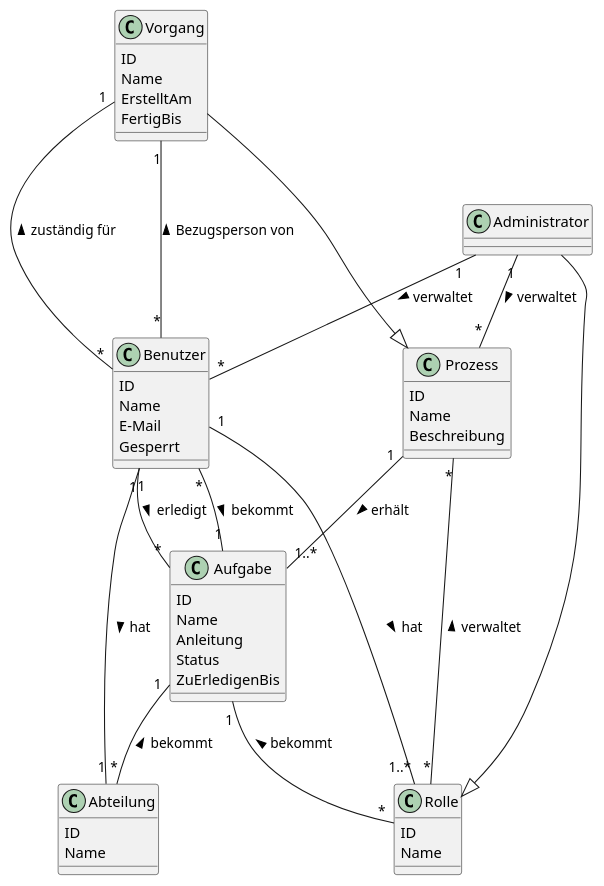
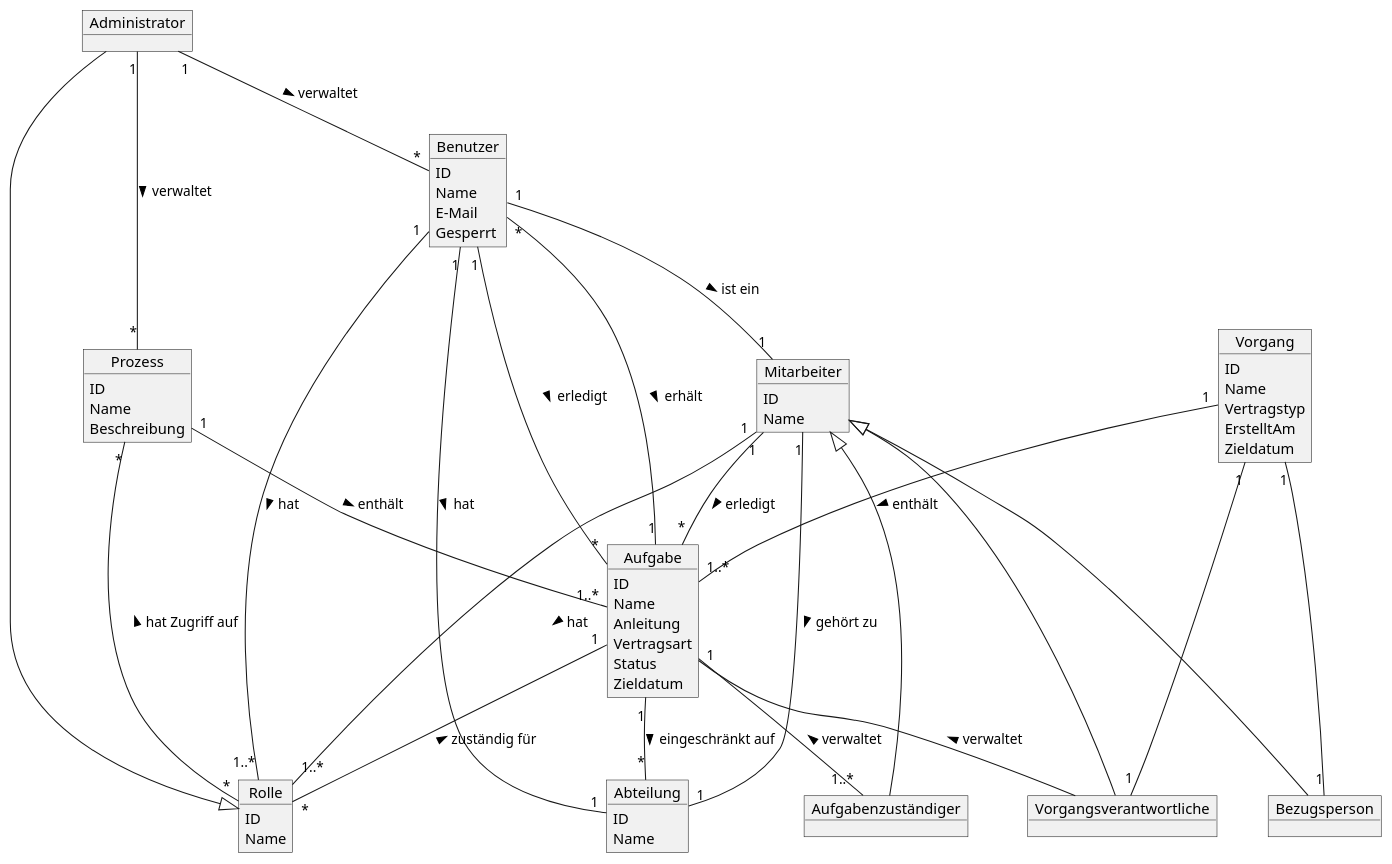
One commit to wowtamz/web-onboarding changed the diagram in docs/domänenmodell.puml. Above: the diagram before and after it, drawn with PlantUML.

Commit message:
update domänenmodell

```diff
--- a/docs/domänenmodell.puml
+++ b/docs/domänenmodell.puml
@@ -1,68 +1,84 @@
 @startuml
-      
-      class Rolle {
-            ID
-            Name           
-      }
+    object Rolle
+        Rolle : ID
+        Rolle : Name
 
-      class Benutzer {
-            ID
-            Name
-            E-Mail
-            Gesperrt
+    object Benutzer
+        Benutzer : ID
+        Benutzer : Name
+        Benutzer : E-Mail
+        Benutzer : Gesperrt
 
-      }
+    object Administrator
 
-      class Administrator {}
-      
-      class Prozess{
-            ID
-            Name
-            Beschreibung
-      }
+    object Mitarbeiter
+        Mitarbeiter : ID
+        Mitarbeiter : Name
+
+    
+    object Bezugsperson
+    
+    object Aufgabenzuständiger
+    
+    object Vorgangsverantwortliche    
+    
 
 
-      class Vorgang{
-            ID
-            Name
-            ErstelltAm
-            FertigBis
-      }
-
-      class Aufgabe {
-            ID
-            Name
-            Anleitung
-            Status
-            ZuErledigenBis
-            
-      }
-
-      class Abteilung {
-            ID
-            Name
-      }
-
-      Benutzer "1" -- "1..*" Rolle : > hat
-      Benutzer "1" -- "1" Abteilung : > hat
-      Benutzer "1" -- "*" Aufgabe : > erledigt
-      
-      Administrator ---|> Rolle
-      Administrator "1" -- "*" Prozess : > verwaltet
-      Administrator "1" -- "*" Benutzer : > verwaltet
-
-      Prozess "*" -- "*" Rolle : < verwaltet
-      Prozess "1" -- "1..*" Aufgabe : > erhält
-      
-      Vorgang "1" -- "*" Benutzer :< zuständig für
-      Vorgang "1" -- "*" Benutzer :< Bezugsperson von
-      Vorgang ---|> Prozess
-
-      Aufgabe "1" -- "*" Benutzer : < bekommt
-      Aufgabe "1" -- "*" Rolle : < bekommt
-      Aufgabe "1" -- "*" Abteilung : < bekommt
+    object Prozess
+        Prozess : ID
+        Prozess : Name
+        Prozess : Beschreibung
 
 
 
+    object Vorgang
+        Vorgang : ID
+        Vorgang : Name
+        Vorgang : Vertragstyp
+        Vorgang : ErstelltAm
+        Vorgang : Zieldatum
 
+
+    object Aufgabe
+        Aufgabe : ID
+        Aufgabe : Name
+        Aufgabe : Anleitung
+        Aufgabe : Vertragsart
+        Aufgabe : Status
+        Aufgabe : Zieldatum
+
+
+    object Abteilung
+        Abteilung : ID
+        Abteilung : Name
+
+    Benutzer "1" -- "1..*" Rolle : > hat
+    Benutzer "1" -- "1" Abteilung : > hat
+    Benutzer "1" -- "*" Aufgabe : > erledigt
+    Benutzer "1" -- "1" Mitarbeiter : > ist ein
+
+    Mitarbeiter "1" -- "1..*" Rolle : > hat
+    Mitarbeiter "1" -- "1" Abteilung : > gehört zu
+    Mitarbeiter "1" -- "*" Aufgabe : > erledigt
+    Mitarbeiter <|--- Bezugsperson
+    Mitarbeiter <|--- Aufgabenzuständiger
+    Mitarbeiter <|--- Vorgangsverantwortliche
+    
+      
+    Administrator ---|> Rolle
+    Administrator "1" -- "*" Prozess : > verwaltet
+    Administrator "1" -- "*" Benutzer : > verwaltet
+
+    Prozess "*" -- "*" Rolle : < hat Zugriff auf
+    Prozess "1" -- "1..*" Aufgabe : > enthält
+      
+    Vorgang "1" -- "1" Vorgangsverantwortliche
+    Vorgang "1" -- "1" Bezugsperson
+    Vorgang "1" -- "1..*" Aufgabe : > enthält
+
+    Aufgabe "1" -- "*" Benutzer : < erhält
+    Aufgabe "1" -- "*" Rolle : < zuständig für
+    Aufgabe "1" -- "*" Abteilung : > eingeschränkt auf
+    Aufgabe "1" -- "1..*" Aufgabenzuständiger : < verwaltet
+    Aufgabe  --  Vorgangsverantwortliche : < verwaltet
 @enduml
```
